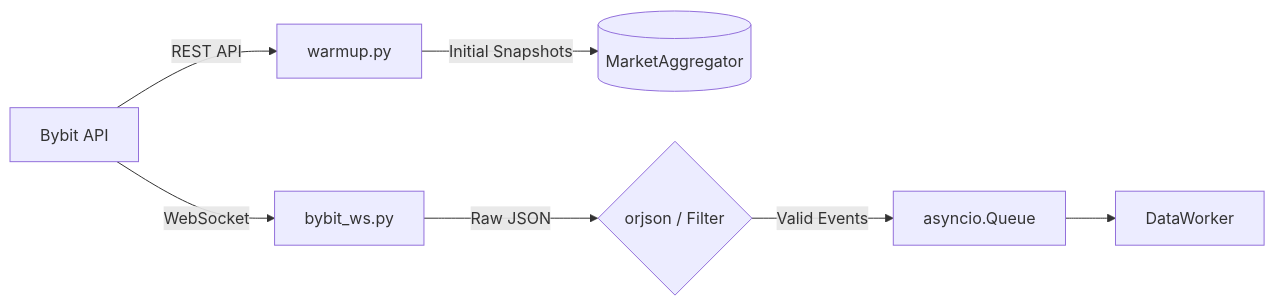
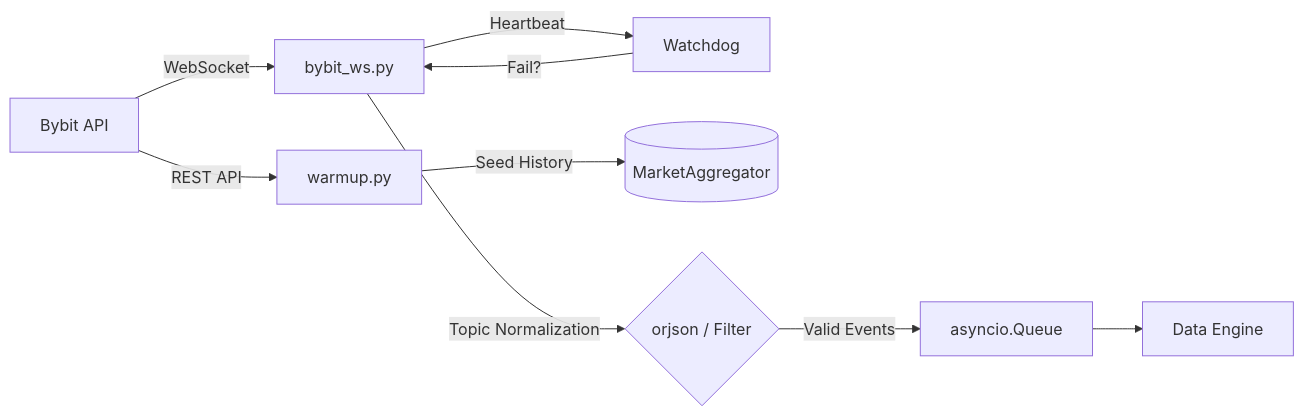
One commit to Curr3ncyV01D/signal_bot changed the diagram in docs/architecture/ingestion_layer.md. Above: the diagram before and after it, drawn with Mermaid. The commit also changed other lines of this file and 5 other files, not shown here.

First line of the commit message:
FINAL COMMIT docs: overhaul architecture docs and add Block 1 release notes

````diff
--- a/docs/architecture/ingestion_layer.md
+++ b/docs/architecture/ingestion_layer.md
@@ -18,9 +18,13 @@
 ```mermaid
 graph LR
     A[Bybit API] -- WebSocket --> B[bybit_ws.py]
+    B -- "Heartbeat" --> W[Watchdog]
+    W -- "Fail?" --> B
+    
     A -- REST API --> C[warmup.py]
-    C -- "Initial Snapshots" --> D[(MarketAggregator)]
-    B -- "Raw JSON" --> E{orjson / Filter}
+    C -- "Seed History" --> D[(MarketAggregator)]
+    
+    B -- "Topic Normalization" --> E{orjson / Filter}
     E -- "Valid Events" --> F[asyncio.Queue]
-    F --> G[DataWorker]
+    F --> G[Data Engine]
 ```
````
